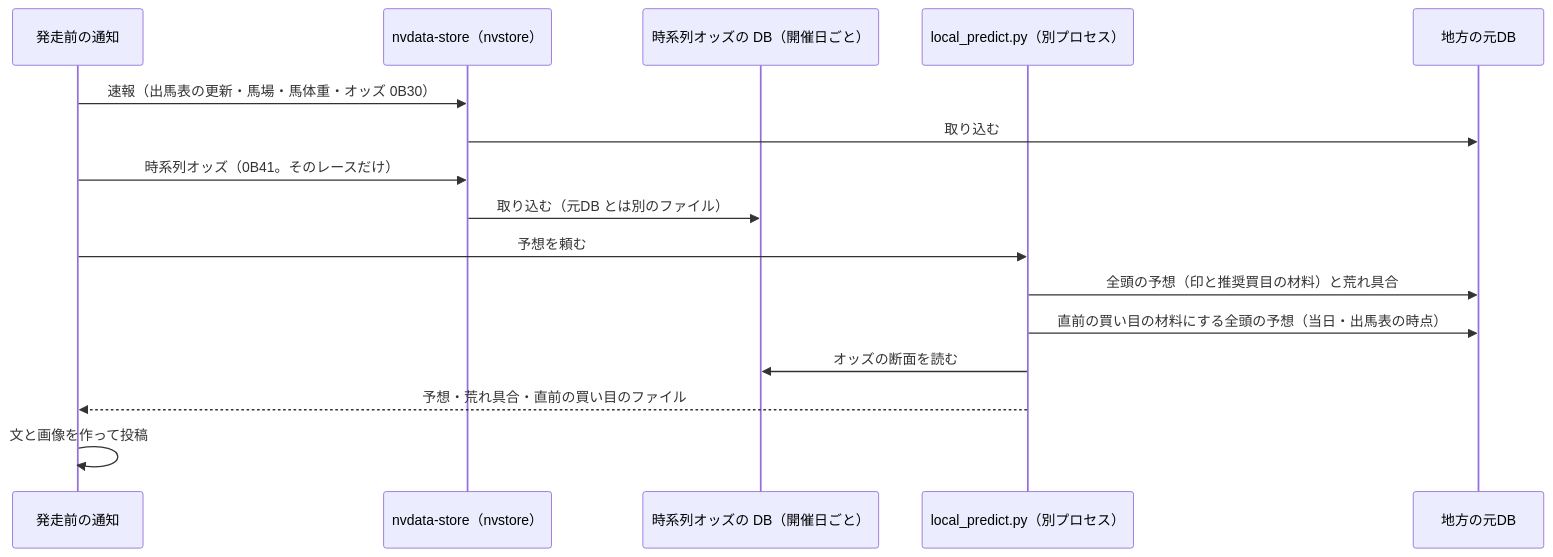
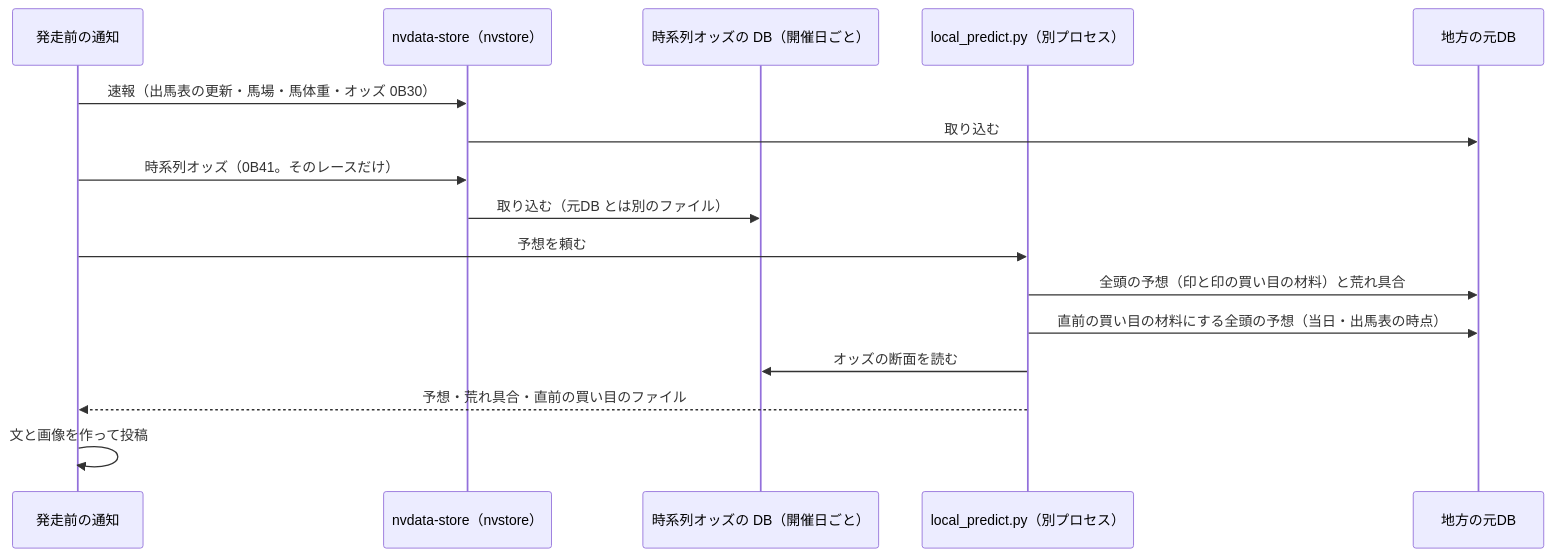
One commit to ht-0328/keiba-yosou changed the diagram in docs/design/買うレースと買い目を決める/13-local-late-tickets.md. Above: the diagram before and after it, drawn with Mermaid. The commit also changed other lines of this file and 27 other files, not shown here.

````diff
--- a/docs/design/買うレースと買い目を決める/13-local-late-tickets.md
+++ b/docs/design/買うレースと買い目を決める/13-local-late-tickets.md
@@ -44,18 +44,18 @@
 ```mermaid
 sequenceDiagram
     participant N as 発走前の通知
     participant S as nvdata-store（nvstore）
     participant H as 時系列オッズの DB（開催日ごと）
     participant P as local_predict.py（別プロセス）
     participant D as 地方の元DB
     N->>S: 速報（出馬表の更新・馬場・馬体重・オッズ 0B30）
     S->>D: 取り込む
     N->>S: 時系列オッズ（0B41。そのレースだけ）
     S->>H: 取り込む（元DB とは別のファイル）
     N->>P: 予想を頼む
-    P->>D: 全頭の予想（印と推奨買目の材料）と荒れ具合
+    P->>D: 全頭の予想（印と印の買い目の材料）と荒れ具合
     P->>D: 直前の買い目の材料にする全頭の予想（当日・出馬表の時点）
     P->>H: オッズの断面を読む
     P-->>N: 予想・荒れ具合・直前の買い目のファイル
     N->>N: 文と画像を作って投稿
 ```
````
